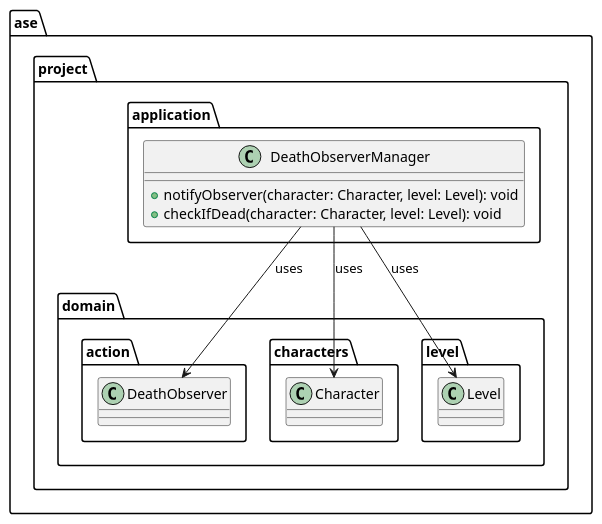
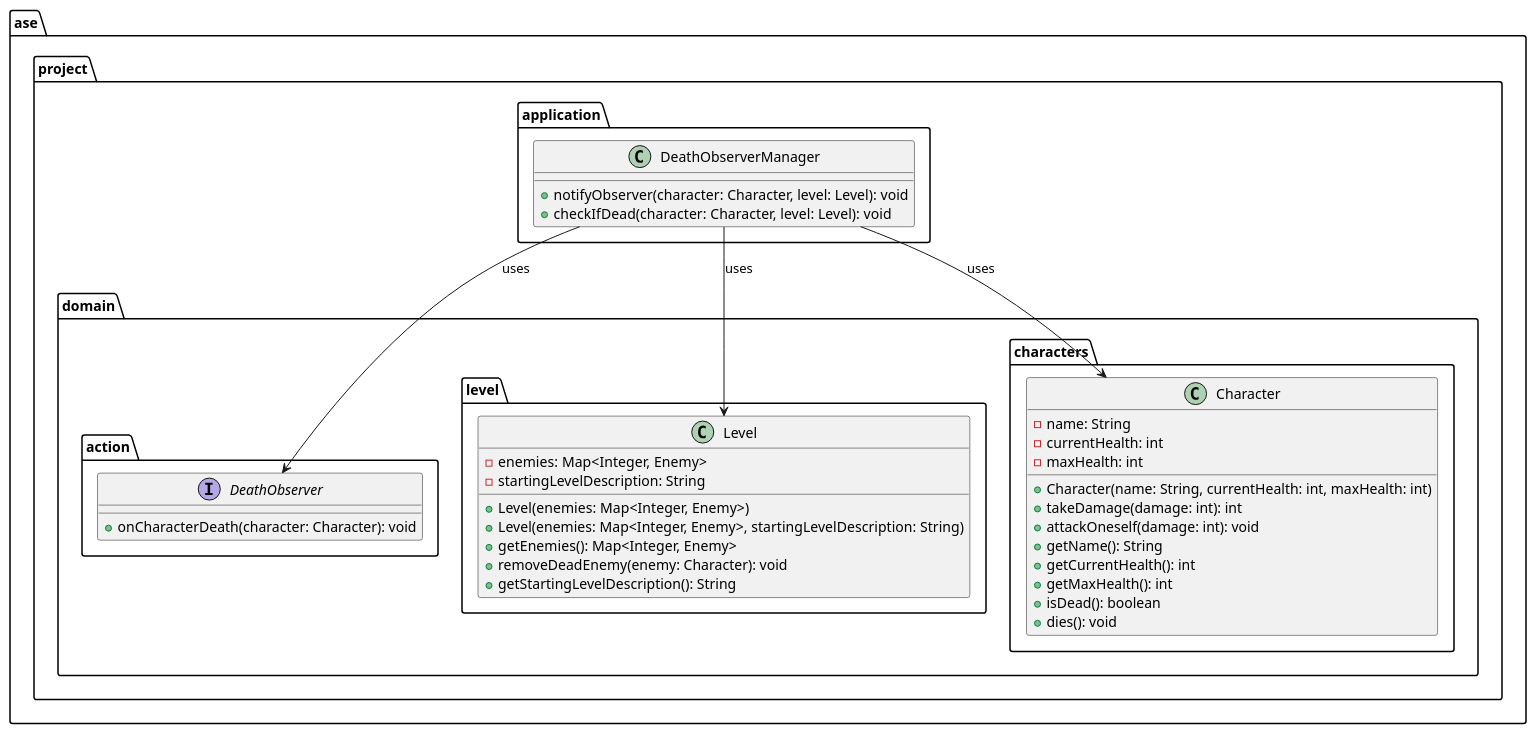
Before and after one commit to MonikaG14/ase-textbased-rpg: the diagram in _uml.diagrams/DeathObserverManager.puml, drawn with PlantUML. The commit also changed 8 other files, not shown here.

Commit message:
add missing attribute, methods and constructors to the UML diagrams

```diff
--- a/_uml.diagrams/DeathObserverManager.puml
+++ b/_uml.diagrams/DeathObserverManager.puml
@@ -1,14 +1,50 @@
 @startuml
 
 package ase.project.application {
     class DeathObserverManager {
         + notifyObserver(character: Character, level: Level): void
         + checkIfDead(character: Character, level: Level): void
     }
 }
 
+package ase.project.domain.action {
+  interface DeathObserver {
+        + onCharacterDeath(character: Character): void
+  }
+}
+
+package ase.project.domain.level {
+    class Level {
+        - enemies: Map<Integer, Enemy>
+        - startingLevelDescription: String
+
+        + Level(enemies: Map<Integer, Enemy>)
+        + Level(enemies: Map<Integer, Enemy>, startingLevelDescription: String)
+        + getEnemies(): Map<Integer, Enemy>
+        + removeDeadEnemy(enemy: Character): void
+        + getStartingLevelDescription(): String
+    }
+}
+
+package ase.project.domain.characters {
+  class Character {
+        - name: String
+        - currentHealth: int
+        - maxHealth: int
+
+        + Character(name: String, currentHealth: int, maxHealth: int)
+        + takeDamage(damage: int): int
+        + attackOneself(damage: int): void
+        + getName(): String
+        + getCurrentHealth(): int
+        + getMaxHealth(): int
+        + isDead(): boolean
+        + dies(): void
+  }
+}
+
 DeathObserverManager --> ase.project.domain.action.DeathObserver : uses
 DeathObserverManager --> ase.project.domain.characters.Character : uses
 DeathObserverManager --> ase.project.domain.level.Level : uses
 
 @enduml
```
